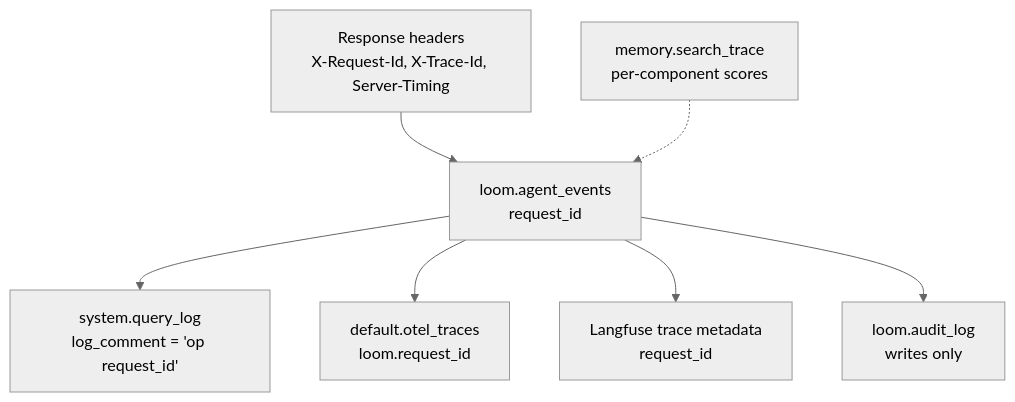
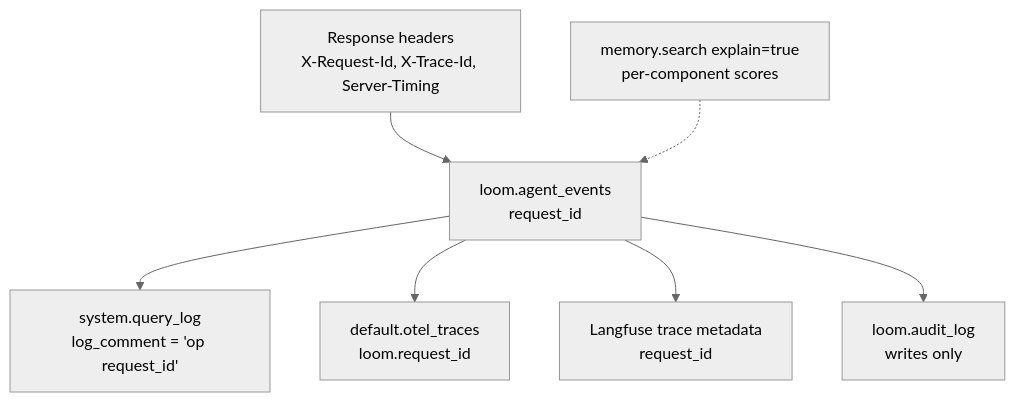
Before and after one commit to ClickHouse/loom: the diagram in docs/guides/debugging.md, drawn with Mermaid (neutral theme). The commit also changed 5 other files, not shown here.

First line of the commit message:
MCP, SDK and overview text name explain=true for a rank; Recall Lab skips the pre-rerank score

````diff
--- a/docs/guides/debugging.md
+++ b/docs/guides/debugging.md
@@ -9,9 +9,9 @@
 ```mermaid
 flowchart TD
     A["Response headers<br/>X-Request-Id, X-Trace-Id, Server-Timing"] --> B["loom.agent_events<br/>request_id"]
     B --> C["system.query_log<br/>log_comment = 'op request_id'"]
     B --> D["default.otel_traces<br/>loom.request_id"]
     B --> E["Langfuse trace metadata<br/>request_id"]
     B --> F["loom.audit_log<br/>writes only"]
-    G["memory.search_trace<br/>per-component scores"] -.-> B
+    G["memory.search explain=true<br/>per-component scores"] -.-> B
 ```
````
